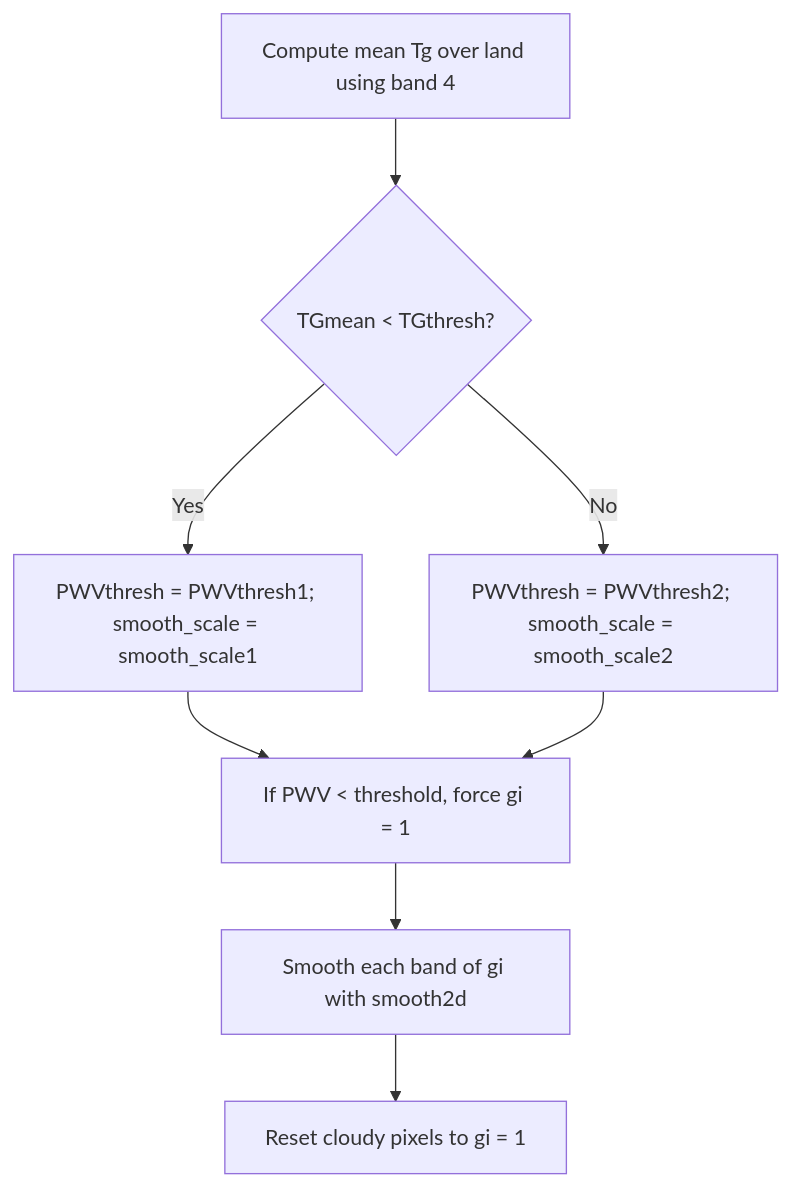
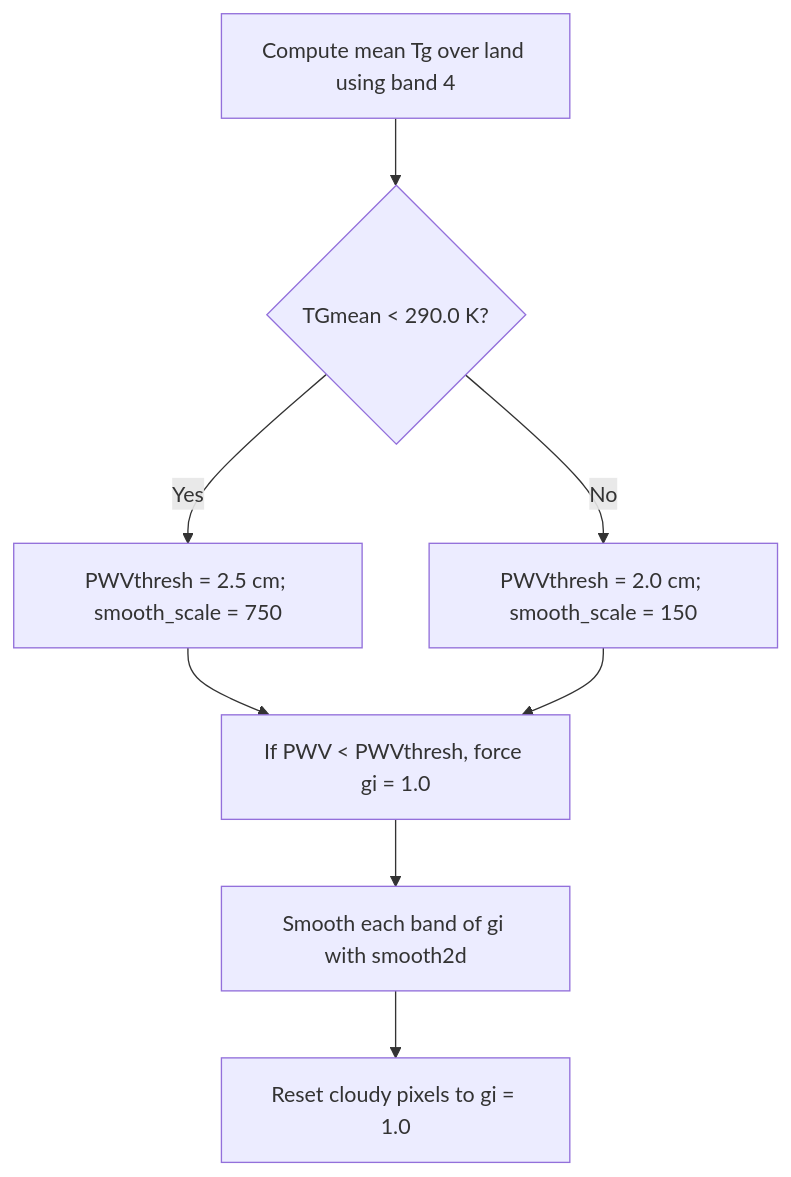
Before and after one commit to gregory-halverson/ECOv003-L2-LSTE: the second of 3 diagrams in ECOSTRESS Collection 3 TES Algorithm Specification.md, drawn with Mermaid. The commit also changed other lines of this file, not shown here.

````diff
--- a/ECOSTRESS Collection 3 TES Algorithm Specification.md
+++ b/ECOSTRESS Collection 3 TES Algorithm Specification.md
@@ -449,10 +350,11 @@
 ```mermaid
 flowchart TD
-    A[Compute mean Tg over land using band 4] --> B{TGmean < TGthresh?}
-    B -- Yes --> C[PWVthresh = PWVthresh1; smooth_scale = smooth_scale1]
-    B -- No --> D[PWVthresh = PWVthresh2; smooth_scale = smooth_scale2]
-    C --> E[If PWV < threshold, force gi = 1]
+    A[Compute mean Tg over land using band 4] --> B{TGmean < 290.0 K?}
+    B -- Yes --> C[PWVthresh = 2.5 cm; smooth_scale = 750]
+    B -- No --> D[PWVthresh = 2.0 cm; smooth_scale = 150]
+    C --> E[If PWV < PWVthresh, force gi = 1.0]
     D --> E
     E --> F[Smooth each band of gi with smooth2d]
-    F --> G[Reset cloudy pixels to gi = 1]
+    F --> G[Reset cloudy pixels to gi = 1.0]
+
 ```
````
